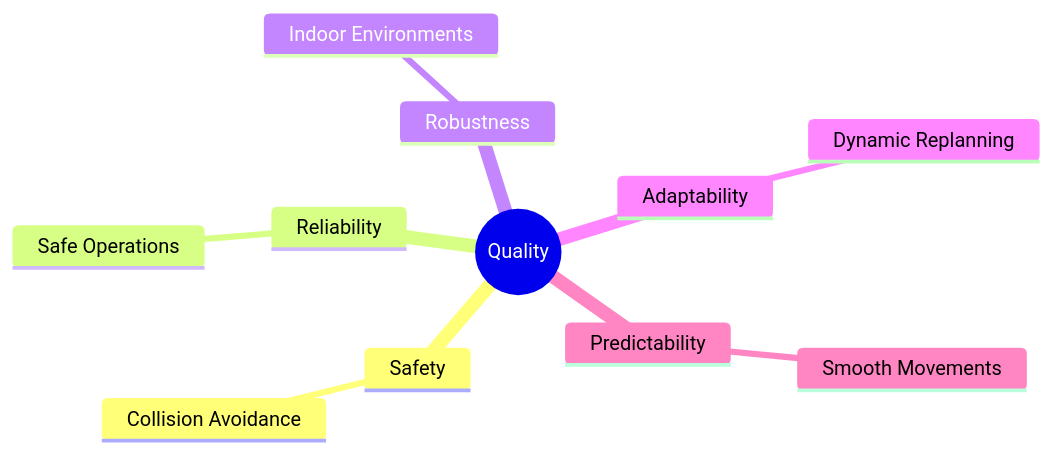
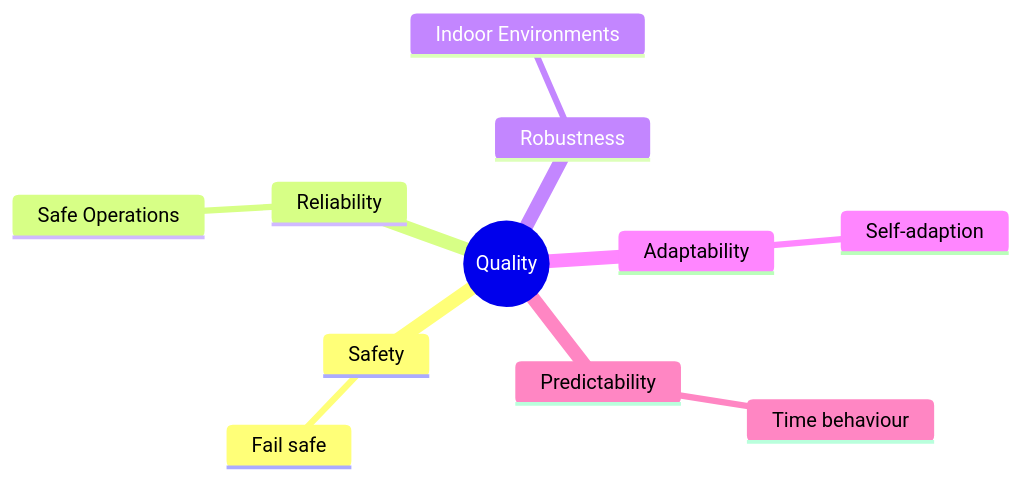
One commit to una-auxme/arlab changed the fifth of 6 diagrams in doc/10. Quality Requirements.md. Above: the diagram before and after it, drawn with Mermaid. The commit also changed other lines of this file, not shown here.

Commit message:
'10. Quality Requirements.md' - All tables and graphics improved.

````diff
--- a/doc/10. Quality Requirements.md
+++ b/doc/10. Quality Requirements.md
@@ -164,14 +161,14 @@
 ```mermaid
 mindmap
   root((Quality))
     Safety
-      Collision Avoidance
+      Fail safe
     Reliability
       Safe Operations 
     Robustness
       Indoor Environments
     Adaptability
-      Dynamic Replanning
+      Self-adaption
     Predictability
-      Smooth Movements
+      Time behaviour
 ```
````
